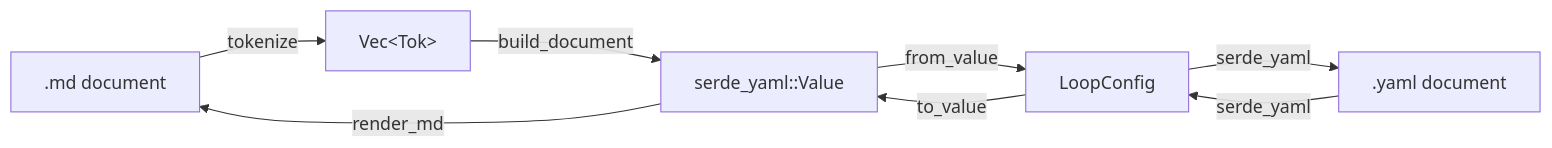
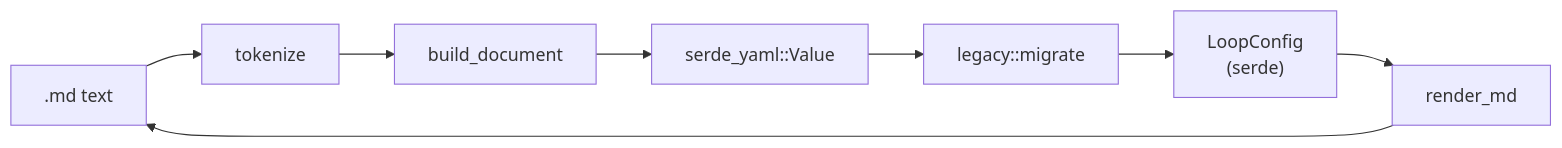
The diagram in wiki/markdown-yaml-config-interchange.md (bitphill/loopsmith), drawn with Mermaid before and after one commit. The commit also changed other lines of this file and 30 other files, not shown here.

````diff
--- a/wiki/markdown-yaml-config-interchange.md
+++ b/wiki/markdown-yaml-config-interchange.md
@@ -33,10 +37,10 @@
 ```mermaid
-flowchart LR
-    MD[".md document"] -->|tokenize| TOK["Vec&lt;Tok&gt;"]
-    TOK -->|build_document| VAL["serde_yaml::Value"]
-    VAL -->|from_value| CFG["LoopConfig"]
-    CFG -->|to_value| VAL
-    VAL -->|render_md| MD
-    YAML[".yaml document"] -->|serde_yaml| CFG
-    CFG -->|serde_yaml| YAML
+graph LR
+    MD[".md text"] --> T[tokenize]
+    T --> B[build_document]
+    B --> V["serde_yaml::Value"]
+    V --> M["legacy::migrate"]
+    M --> C["LoopConfig<br/>(serde)"]
+    C --> R[render_md]
+    R --> MD
 ```
````
